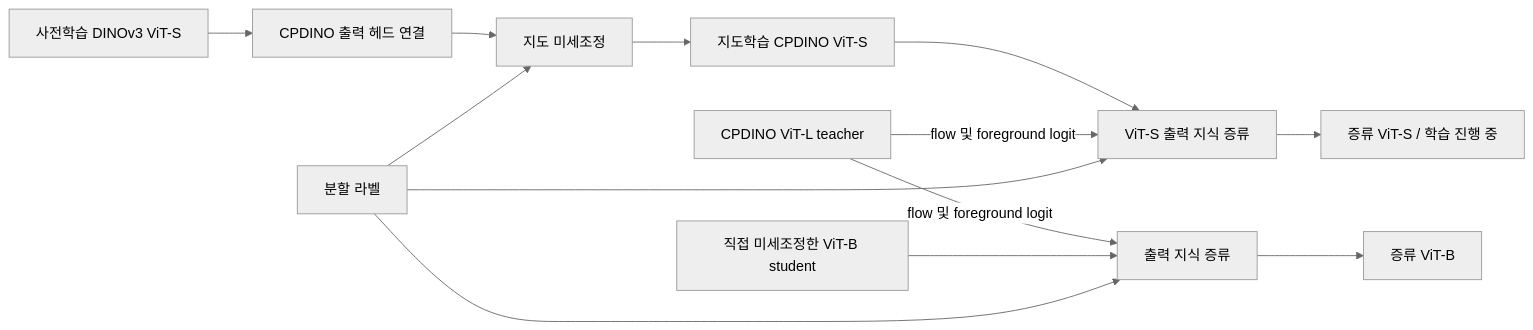
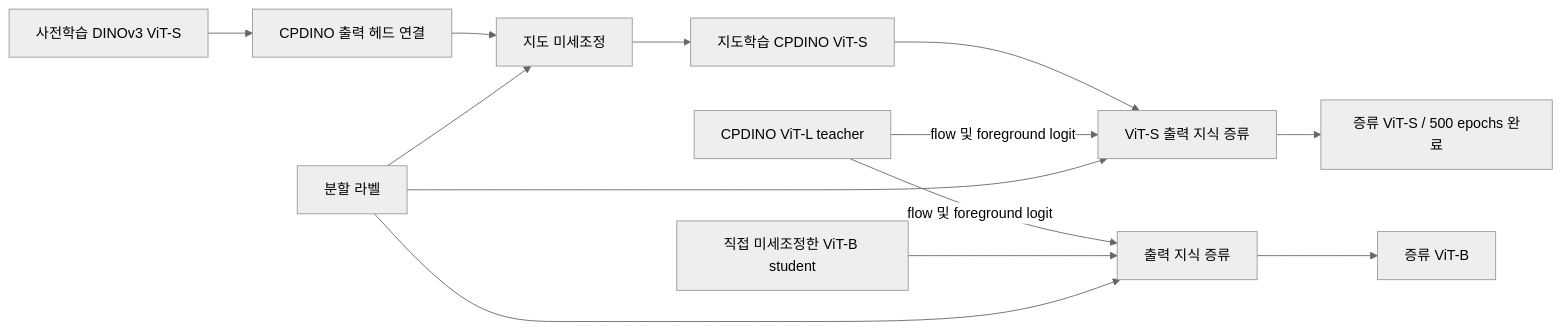
Before and after one commit to cyh5757/cpdino-compression-lab: the diagram in README.md, drawn with Mermaid (neutral theme). The commit also changed other lines of this file and 5 other files, not shown here.

````diff
--- a/README.md
+++ b/README.md
@@ -13,15 +13,15 @@
 ```mermaid
 flowchart LR
     L[CPDINO ViT-L teacher] -->|flow 및 foreground logit| KD[출력 지식 증류]
     B[직접 미세조정한 ViT-B student] --> KD
     GT[분할 라벨] --> KD
     KD --> DB[증류 ViT-B]
     S[사전학습 DINOv3 ViT-S] --> AD[CPDINO 출력 헤드 연결]
     AD --> FT[지도 미세조정]
     GT --> FT
     FT --> CS[지도학습 CPDINO ViT-S]
     CS --> SKD[ViT-S 출력 지식 증류]
     L -->|flow 및 foreground logit| SKD
     GT --> SKD
-    SKD --> DS[증류 ViT-S / 학습 진행 중]
+    SKD --> DS[증류 ViT-S / 500 epochs 완료]
 ```
````
